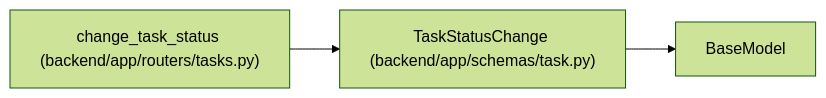
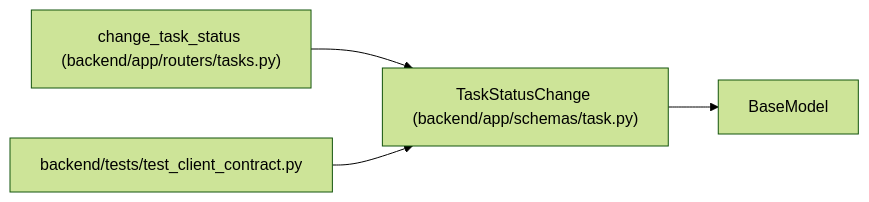
The diagram in docs/llm_wiki/entities/TaskStatusChange.md (Denissvgn/WorkChord), drawn with Mermaid (forest theme) before and after one commit. The commit also changed other lines of this file and 958 other files, not shown here.

First line of the commit message:
docs(wiki): refresh identity and recovery architecture

````diff
--- a/docs/llm_wiki/entities/TaskStatusChange.md
+++ b/docs/llm_wiki/entities/TaskStatusChange.md
@@ -27,10 +27,13 @@
 ```mermaid
 flowchart LR
     n0["TaskStatusChange (backend/app/schemas/task.py)"]
     n1["BaseModel"]
     n2["change_task_status (backend/app/routers/tasks.py)"]
+    n3["backend/tests/test_client_contract.py"]
     n0 --> n1
     n2 --> n0
+    n3 --> n0
     click n0 "../modules/schemas_task.md"
     click n2 "../modules/tasks.md"
+    click n3 "../modules/test_client_contract.md"
 ```
````
